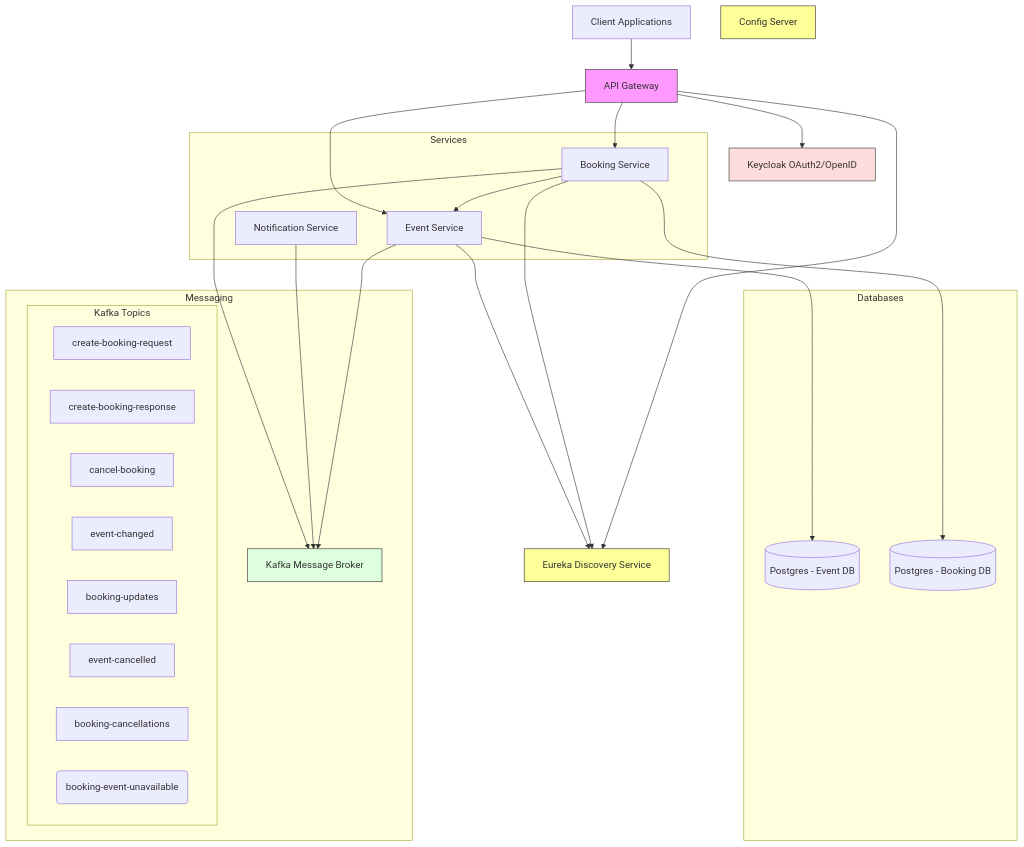
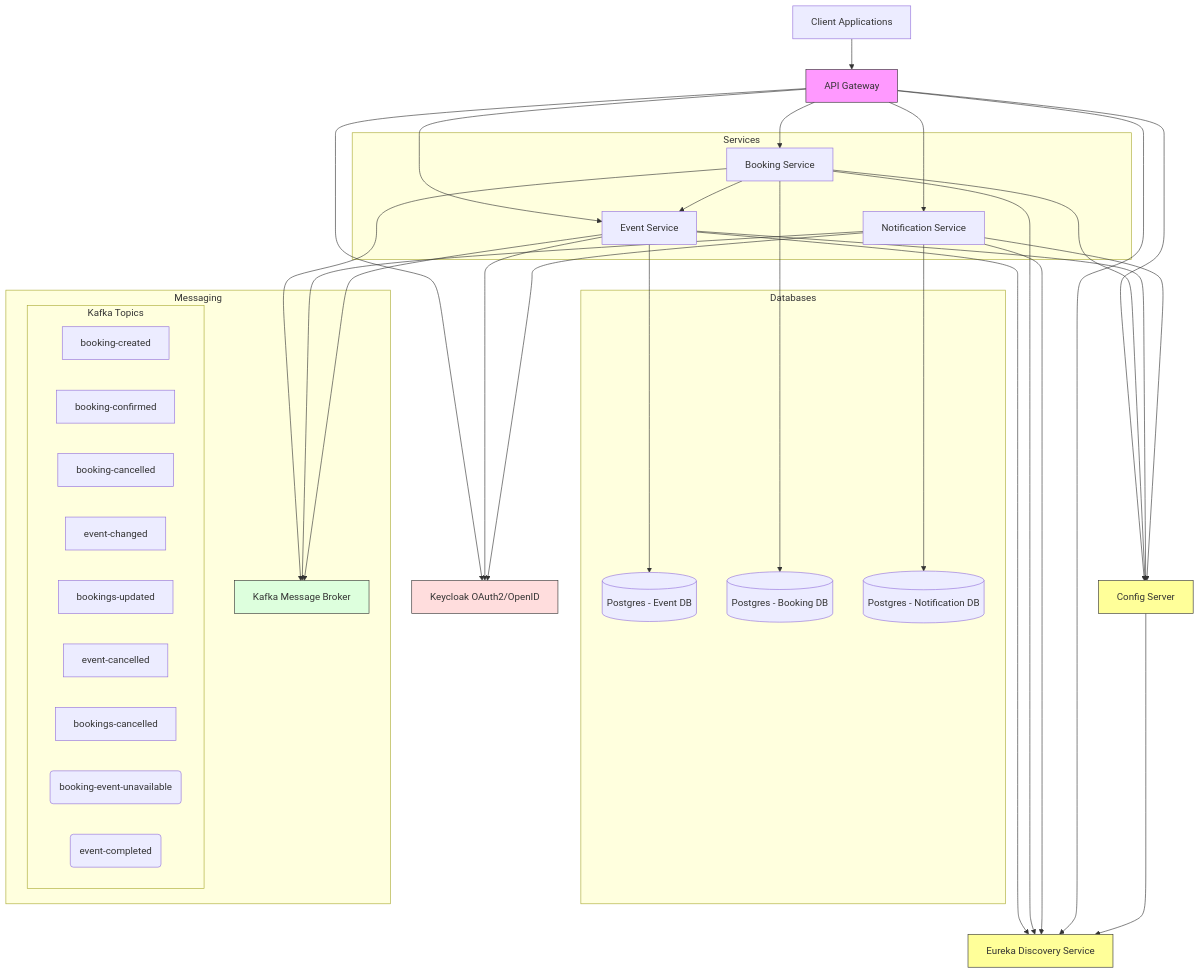
Before and after one commit to piper1970/event-booking-microservice: the diagram in system-architecture.mermaid, drawn with Mermaid. The commit also changed 13 other files, not shown here.

Commit message:
added expired confirmation kafka logic & updated diagrams

```diff
--- a/system-architecture.mermaid
+++ b/system-architecture.mermaid
@@ -1,57 +1,71 @@
 graph TB
     Client[Client Applications]
     Gateway[API Gateway]
     Config[Config Server]
     Eureka[Eureka Discovery Service]
     Keycloak[Keycloak OAuth2/OpenID]
     
     subgraph Services
         EventService[Event Service]
         BookingService[Booking Service]
         NotificationService[Notification Service]
     end
     
     subgraph Databases
         EventDB[(Postgres - Event DB)]
         BookingDB[(Postgres - Booking DB)]
+        NotificationDB[(Postgres - Notification DB)]
     end
     
     subgraph Messaging
         Kafka[Kafka Message Broker]
         
         subgraph Kafka Topics
-            topic1[create-booking-request]
-            topic2[create-booking-response]
-            topic3[cancel-booking]
+            topic1[booking-created]
+            topic2[booking-confirmed]
+            topic3[booking-cancelled]
             topic4[event-changed]
-            topic5[booking-updates]
+            topic5[bookings-updated]
             topic6[event-cancelled]
-            topic7[booking-cancellations]
+            topic7[bookings-cancelled]
             topic8(booking-event-unavailable)
+            topic9(event-completed)
         end
     end
 
     Client --> Gateway
+
     Gateway --> EventService
     Gateway --> BookingService
-    
+    Gateway --> NotificationService
+
     Gateway --> Keycloak
+    EventService --> Keycloak
+    NotificationService --> Keycloak
     
     EventService --> EventDB
     BookingService --> BookingDB
+    NotificationService --> NotificationDB
     
     EventService --> Eureka
     BookingService --> Eureka
+    NotificationService --> Eureka
     Gateway --> Eureka
-    
-    BookingService --> EventService
-    
+    Config --> Eureka
+
+    Gateway --> Config
+    BookingService --> Config
+    EventService --> Config
+    NotificationService --> Config
+
     BookingService --> Kafka
     NotificationService --> Kafka
     EventService --> Kafka
+
+    BookingService --> EventService
 
     style Gateway fill:#f9f,stroke:#333
     style Eureka fill:#ff9,stroke:#333
     style Config fill:#ff9,stroke:#333
     style Kafka fill:#dfd,stroke:#333
     style Keycloak fill:#fdd,stroke:#333
```
